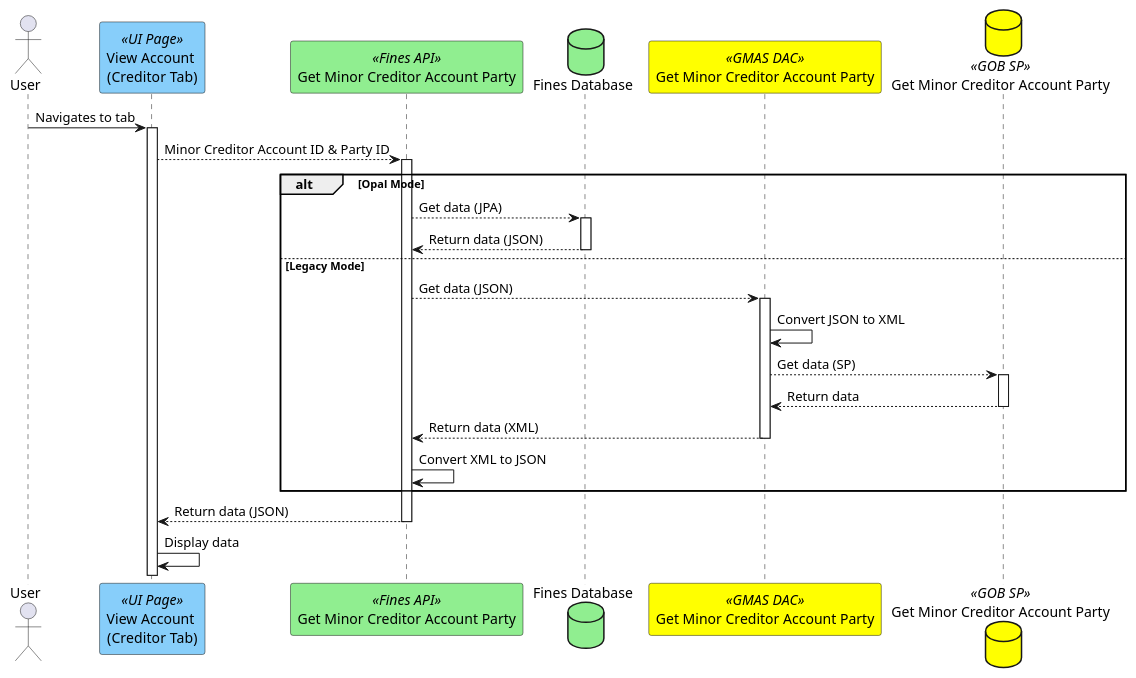
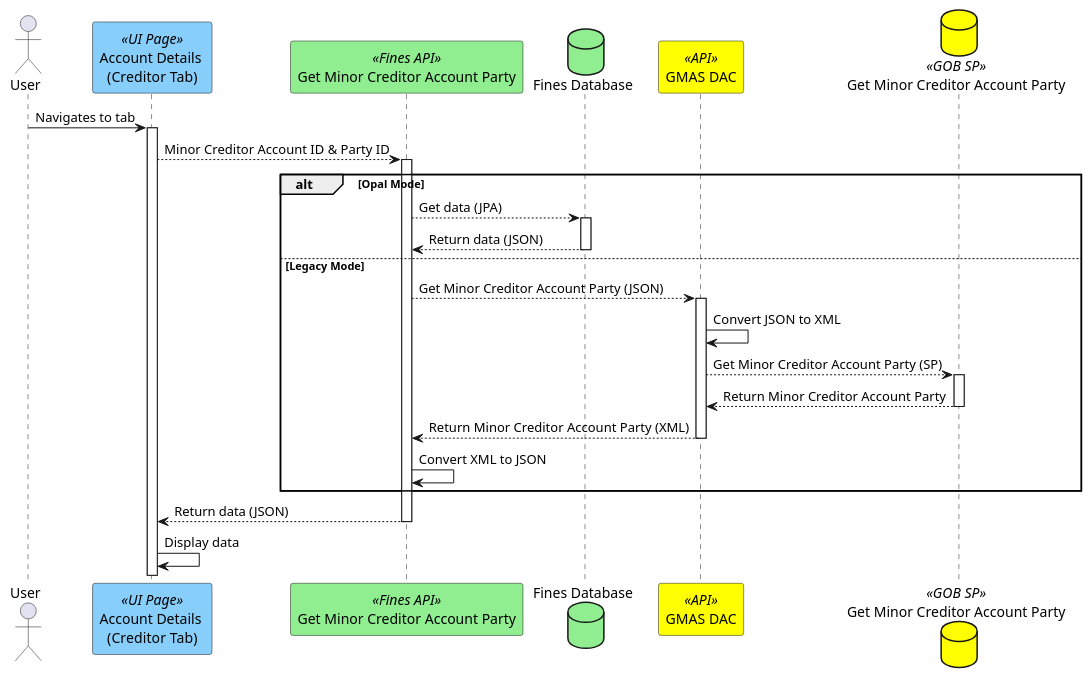
One commit to hmcts/opal-docs changed the diagram in plantUML/fae-view-amend-minor creditor/fae-view-minor-creditor-details.puml. Above: the diagram before and after it, drawn with PlantUML. The commit also changed 1 other file, not shown here.

Commit message:
updates to view and amend minor creditor diagrams

```diff
--- a/plantUML/fae-view-amend-minor creditor/fae-view-minor-creditor-details.puml
+++ b/plantUML/fae-view-amend-minor creditor/fae-view-minor-creditor-details.puml
@@ -1,25 +1,25 @@
 @startuml
 actor User
-participant "View Account \n(Creditor Tab)" as viewScreen <<UI Page>> #lightskyblue
+participant "Account Details \n(Creditor Tab)" as viewScreen <<UI Page>> #lightskyblue
 participant "Get Minor Creditor Account Party" as getapi <<Fines API>> #lightgreen
 database "Fines Database" as db #lightgreen
-participant "Get Minor Creditor Account Party" as gmasdac <<GMAS DAC>> #yellow
+participant "GMAS DAC" as gmasdac <<API>> #yellow
 database "Get Minor Creditor Account Party" as dblegacy <<GOB SP>> #yellow
 
 User -> viewScreen ++ : Navigates to tab
 viewScreen --> getapi ++ : Minor Creditor Account ID & Party ID
 alt Opal Mode
 getapi --> db ++ : Get data (JPA)
 db --> getapi -- : Return data (JSON)
 else Legacy Mode
-getapi --> gmasdac ++ : Get data (JSON)
+getapi --> gmasdac ++ : Get Minor Creditor Account Party (JSON)
 gmasdac -> gmasdac: Convert JSON to XML
-gmasdac --> dblegacy ++ : Get data (SP)
-dblegacy --> gmasdac -- : Return data
-gmasdac --> getapi -- : Return data (XML)
+gmasdac --> dblegacy ++ : Get Minor Creditor Account Party (SP)
+dblegacy --> gmasdac -- : Return Minor Creditor Account Party
+gmasdac --> getapi -- : Return Minor Creditor Account Party (XML)
 getapi -> getapi : Convert XML to JSON
 end
 getapi --> viewScreen --: Return data (JSON)
 viewScreen -> viewScreen : Display data
 getapi --
 @enduml
```
